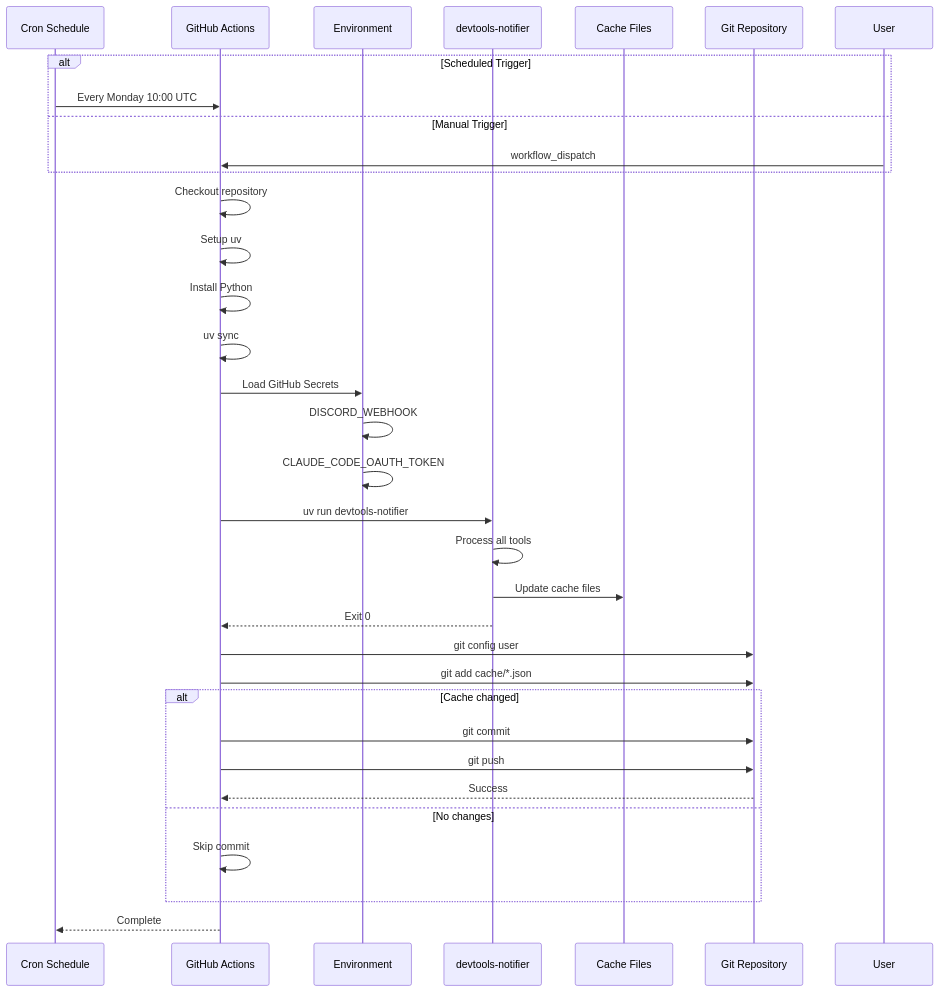
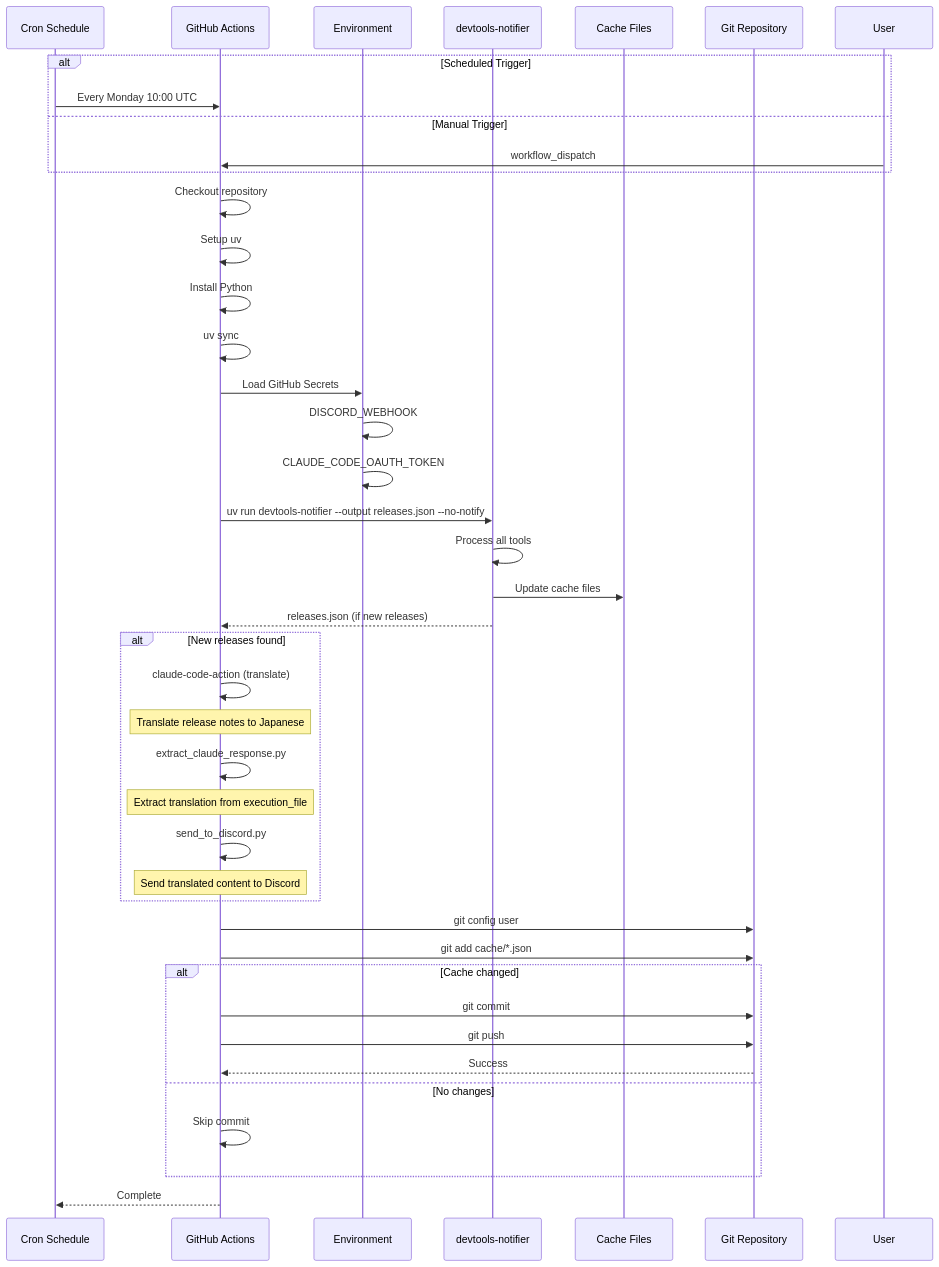
Before and after one commit to rysk-tanaka/devtools-release-notifier: the seventh of 8 diagrams in docs/sequence-diagram.md, drawn with Mermaid. The commit also changed 4 other files, not shown here.

````diff
--- a/docs/sequence-diagram.md
+++ b/docs/sequence-diagram.md
@@ -276,42 +276,51 @@
 ```mermaid
 sequenceDiagram
     participant Schedule as Cron Schedule
     participant GHA as GitHub Actions
     participant Env as Environment
     participant Script as devtools-notifier
     participant Cache as Cache Files
     participant Git as Git Repository
 
     alt Scheduled Trigger
         Schedule->>GHA: Every Monday 10:00 UTC
     else Manual Trigger
         User->>GHA: workflow_dispatch
     end
 
     GHA->>GHA: Checkout repository
     GHA->>GHA: Setup uv
     GHA->>GHA: Install Python
     GHA->>GHA: uv sync
 
     GHA->>Env: Load GitHub Secrets
     Env->>Env: DISCORD_WEBHOOK
     Env->>Env: CLAUDE_CODE_OAUTH_TOKEN
 
-    GHA->>Script: uv run devtools-notifier
+    GHA->>Script: uv run devtools-notifier --output releases.json --no-notify
     Script->>Script: Process all tools
     Script->>Cache: Update cache files
-    Script-->>GHA: Exit 0
+    Script-->>GHA: releases.json (if new releases)
+
+    alt New releases found
+        GHA->>GHA: claude-code-action (translate)
+        Note over GHA: Translate release notes to Japanese
+        GHA->>GHA: extract_claude_response.py
+        Note over GHA: Extract translation from execution_file
+        GHA->>GHA: send_to_discord.py
+        Note over GHA: Send translated content to Discord
+    end
 
     GHA->>Git: git config user
     GHA->>Git: git add cache/*.json
 
     alt Cache changed
         GHA->>Git: git commit
         GHA->>Git: git push
         Git-->>GHA: Success
     else No changes
         GHA->>GHA: Skip commit
     end
 
     GHA-->>Schedule: Complete
 ```
````
